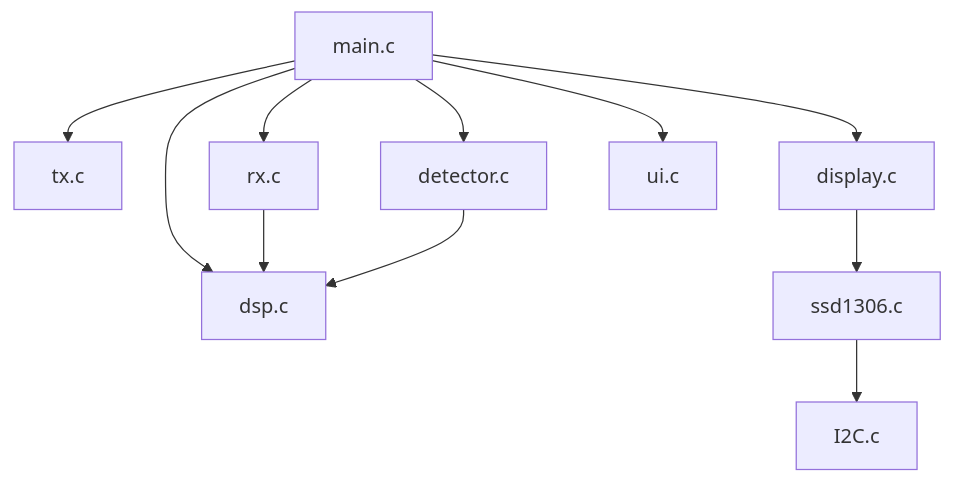
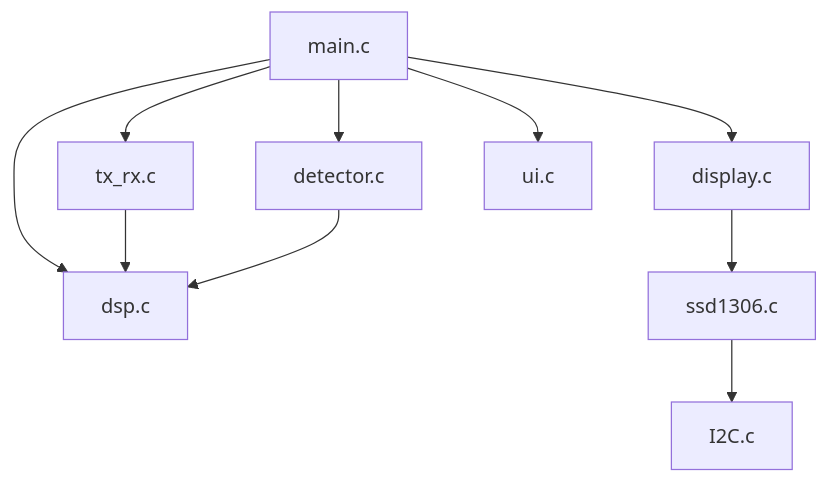
The first of 9 diagrams in Code_Review.md (MadsRudolph/34621-Metal-Detector), drawn with Mermaid before and after one commit. The commit also changed other lines of this file and 17 other files, not shown here.

````diff
--- a/Code_Review.md
+++ b/Code_Review.md
@@ -31,14 +30,13 @@
 ```mermaid
 graph TD
-    MAIN[main.c] --> TX[tx.c]
-    MAIN --> RX[rx.c]
+    MAIN[main.c] --> TXRX[tx_rx.c]
     MAIN --> DSP[dsp.c]
     MAIN --> DETECT[detector.c]
     MAIN --> DISP[display.c]
     MAIN --> UI[ui.c]
 
-    RX --> DSP
+    TXRX --> DSP
     DETECT --> DSP
     DISP --> SSD[ssd1306.c]
     SSD --> I2C[I2C.c]
 ```
````
